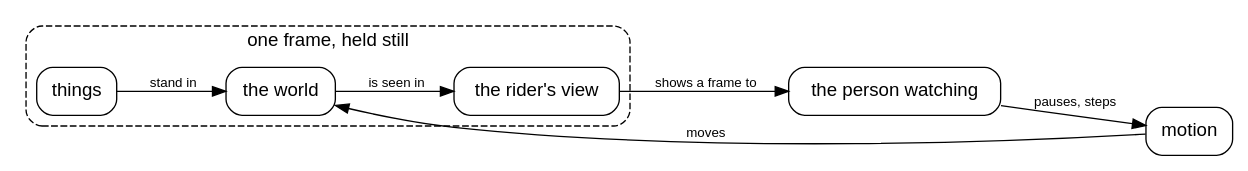
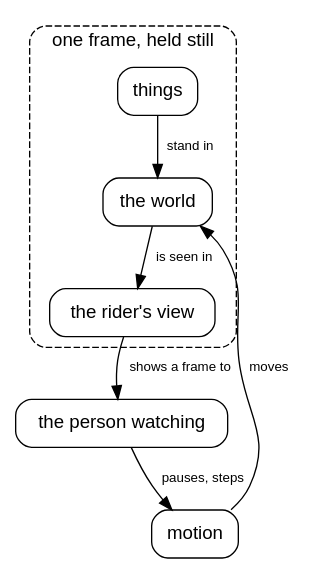
The first of 30 diagrams in canvas_apps/safari/tutorial/tutorial.md (showell/roc-apps), drawn with Graphviz before and after one commit. The commit also changed other lines of this file, not shown here.

Commit message:
Safari book: the five pieces stay problems, and the diagram runs top to bottom

````diff
--- a/canvas_apps/safari/tutorial/tutorial.md
+++ b/canvas_apps/safari/tutorial/tutorial.md
@@ -25,20 +25,20 @@
 ```dot
 digraph pieces {
-  rankdir=LR;
+  rankdir=TB;
   node [shape=box, style=rounded, fontname="Helvetica"];
   edge [fontname="Helvetica", fontsize=10];
   subgraph cluster_frame {
     label="one frame, held still"; style="rounded,dashed"; fontname="Helvetica";
     things [label="things"];
     world [label="the world"];
     view [label="the rider's view"];
   }
   motion [label="motion"];
   person [label="the person watching"];
   things -> world [label="  stand in"];
   world -> view [label="  is seen in"];
   motion -> world [label="  moves"];
   view -> person [label="  shows a frame to"];
   person -> motion [label="  pauses, steps"];
 }
 ```
````
